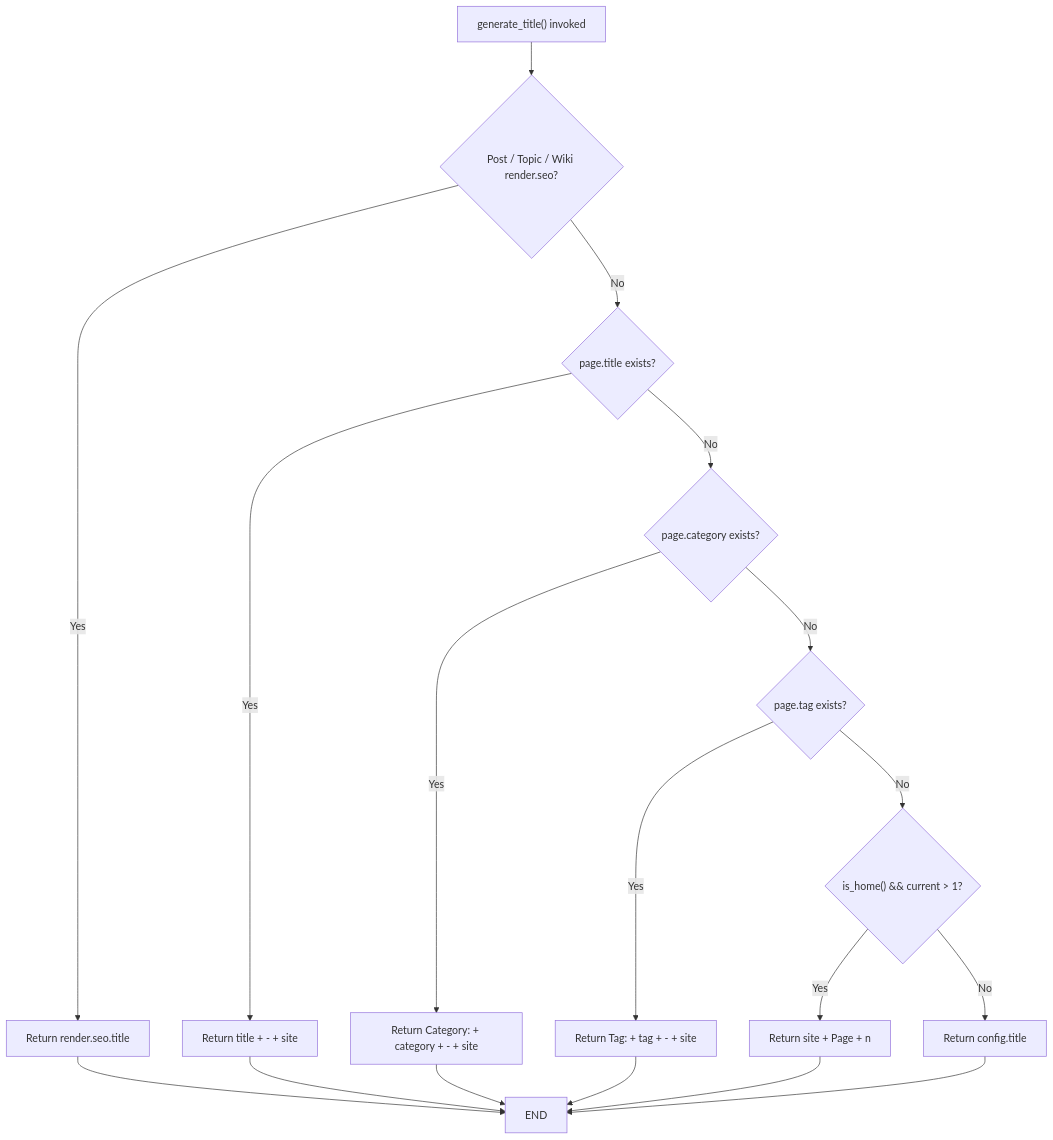
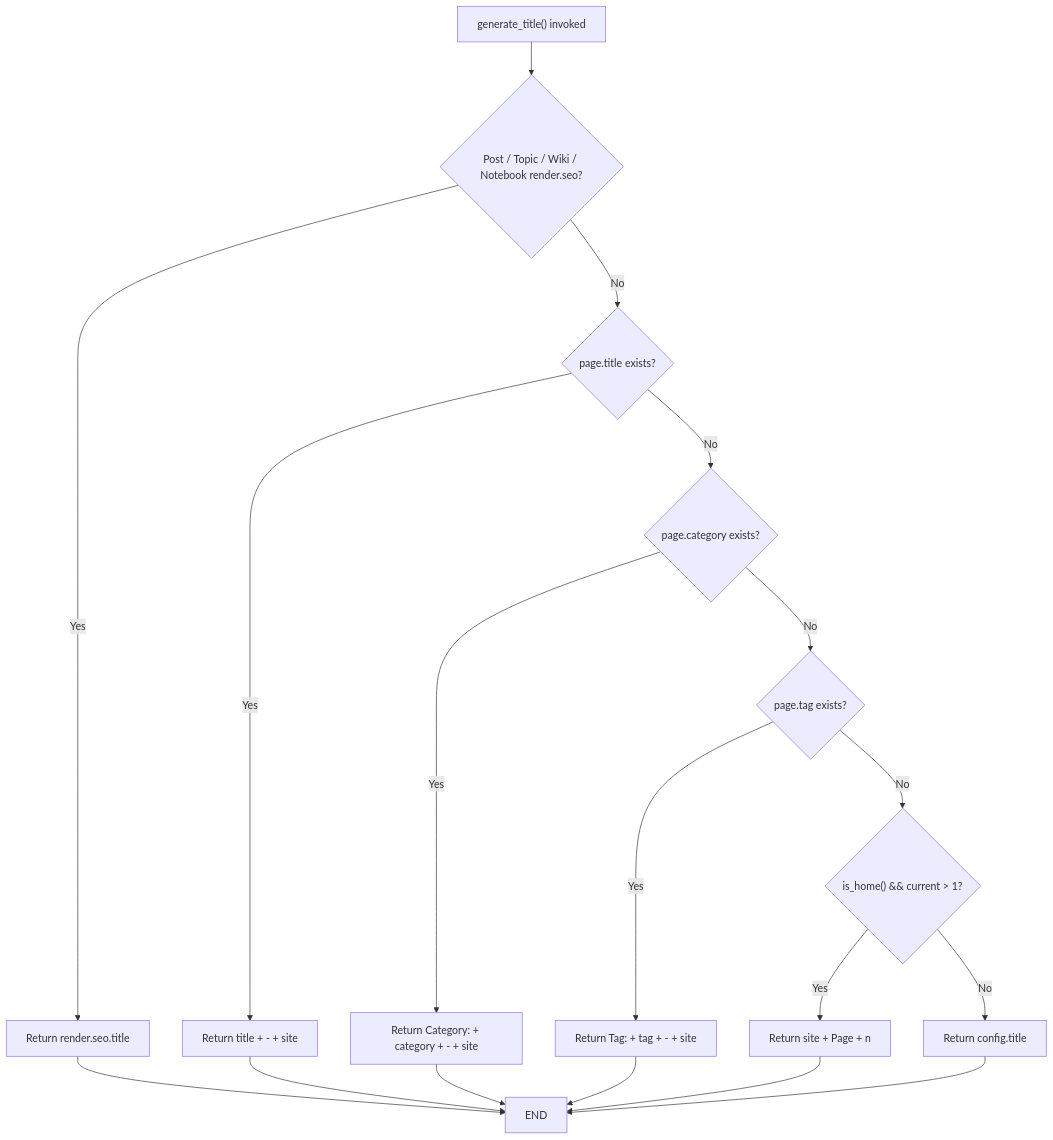
The second of 8 diagrams in docs/knowledge/02-布局系统/head-seo.md (xaoxuu/hexo-theme-stellar), drawn with Mermaid before and after one commit. The commit also changed other lines of this file and 44 other files, not shown here.

````diff
--- a/docs/knowledge/02-布局系统/head-seo.md
+++ b/docs/knowledge/02-布局系统/head-seo.md
@@ -128,21 +128,21 @@
 ```mermaid
 flowchart TD
-    START["generate_title() invoked"] --> HASMODEL{"Post / Topic / Wiki render.seo?"}
+    START["generate_title() invoked"] --> HASMODEL{"Post / Topic / Wiki / Notebook render.seo?"}
     HASMODEL -->|Yes| MODELTITLE["Return render.seo.title"]
     HASMODEL -->|No| PAGECHECK{"page.title exists?"}
     PAGECHECK -->|Yes| PAGETITLE["Return title + - + site"]
     PAGECHECK -->|No| CATCHECK{"page.category exists?"}
     CATCHECK -->|Yes| CATTITLE["Return Category: + category + - + site"]
     CATCHECK -->|No| TAGCHECK{"page.tag exists?"}
     TAGCHECK -->|Yes| TAGTITLE["Return Tag: + tag + - + site"]
     TAGCHECK -->|No| PAGECHECK2{"is_home() && current > 1?"}
     PAGECHECK2 -->|Yes| PAGETITLE2["Return site + Page + n"]
     PAGECHECK2 -->|No| DEFAULTTITLE["Return config.title"]
     
     MODELTITLE --> END
     PAGETITLE --> END
     PAGETITLE2 --> END
     CATTITLE --> END
     TAGTITLE --> END
     DEFAULTTITLE --> END
 ```
````
